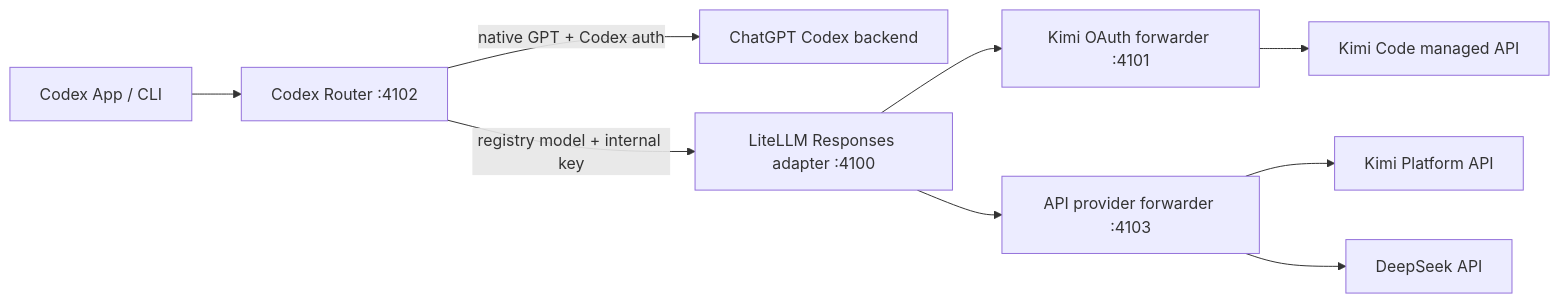
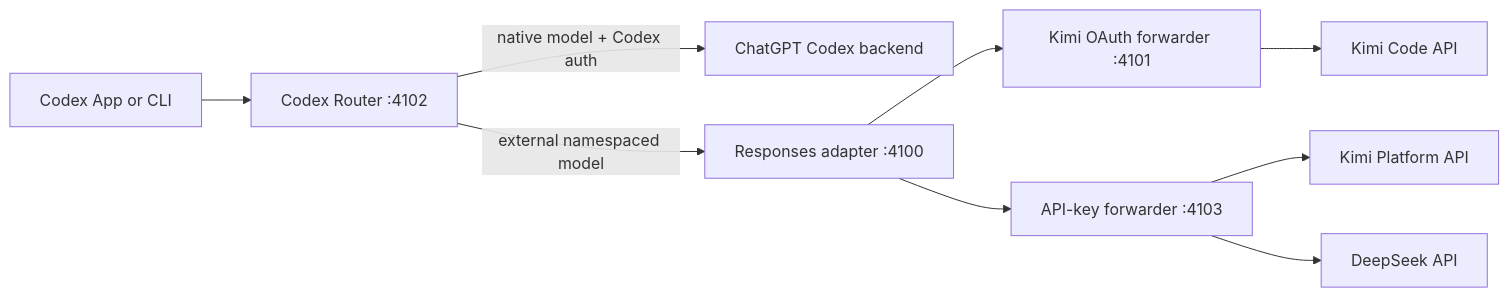
One commit to duolahypercho/codex-router changed the diagram in README.md. Above: the diagram before and after it, drawn with Mermaid. The commit also changed other lines of this file and 72 other files, not shown here.

Commit message:
Make Codex Router zero-config and cross-platform

````diff
--- a/README.md
+++ b/README.md
@@ -103,11 +180,11 @@
 ```mermaid
 flowchart LR
-  C["Codex App / CLI"] --> R["Codex Router :4102"]
-  R -->|"native GPT + Codex auth"| O["ChatGPT Codex backend"]
-  R -->|"registry model + internal key"| L["LiteLLM Responses adapter :4100"]
+  C["Codex App or CLI"] --> R["Codex Router :4102"]
+  R -->|"native model + Codex auth"| O["ChatGPT Codex backend"]
+  R -->|"external namespaced model"| L["Responses adapter :4100"]
   L --> KO["Kimi OAuth forwarder :4101"]
-  L --> A["API provider forwarder :4103"]
-  KO --> KC["Kimi Code managed API"]
+  L --> A["API-key forwarder :4103"]
+  KO --> KC["Kimi Code API"]
   A --> KA["Kimi Platform API"]
   A --> D["DeepSeek API"]
 ```
````
